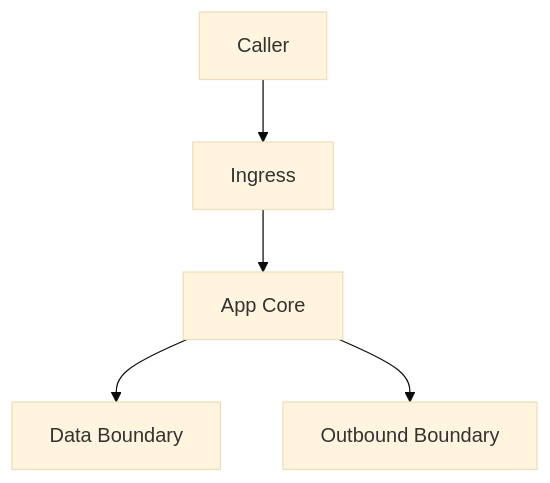
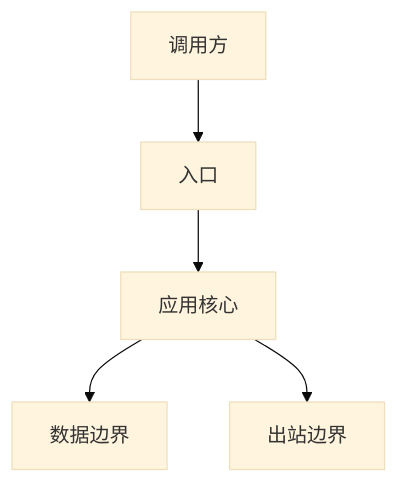
The first of 6 diagrams in templates/02-system-diagrams.md (WangXianan456/repo-global-map), drawn with Mermaid (base theme) before and after one commit. The commit also changed other lines of this file and 16 other files, not shown here.

````diff
--- a/templates/02-system-diagrams.md
+++ b/templates/02-system-diagrams.md
@@ -15,7 +15,7 @@
 ```mermaid
 flowchart TD
-Caller[Caller] --> Ingress[Ingress]
-Ingress --> App[App Core]
-App --> Data[Data Boundary]
-App --> Outbound[Outbound Boundary]
+Caller[调用方] --> Ingress[入口]
+Ingress --> App[应用核心]
+App --> Data[数据边界]
+App --> Outbound[出站边界]
 ```
````
